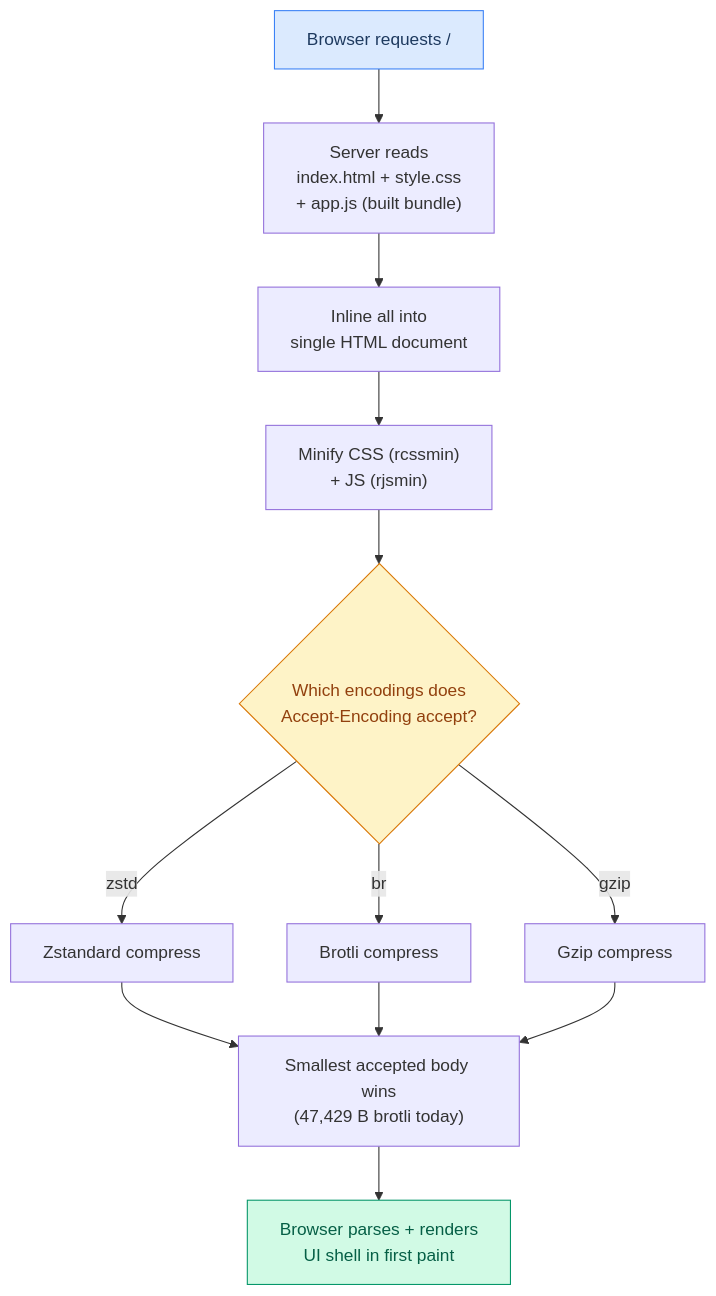
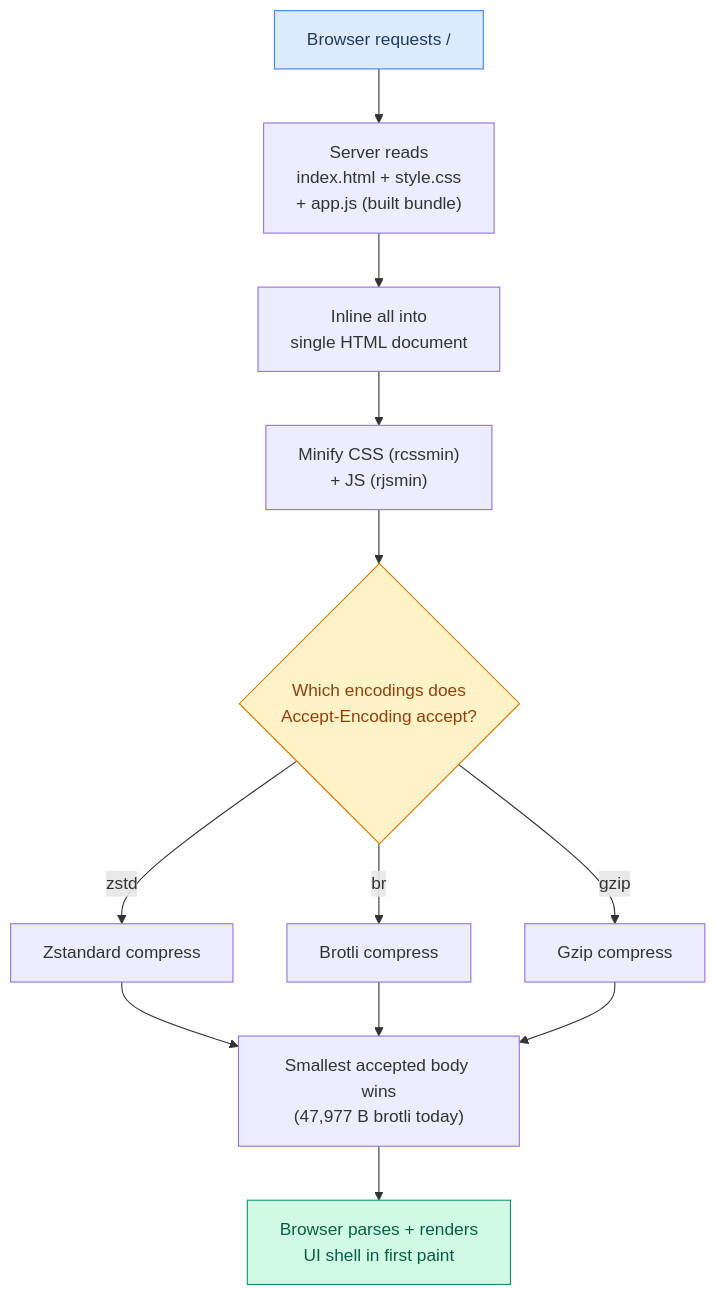
Diagram 16 of 18 in docs/USER_STORIES.md (maci0/recoverage), drawn with Mermaid before and after one commit. The commit also changed other lines of this file and 6 other files, not shown here.

````diff
--- a/docs/USER_STORIES.md
+++ b/docs/USER_STORIES.md
@@ -511,18 +511,18 @@
 ```mermaid
 graph TD
     A["Browser requests /"] --> B["Server reads<br/>index.html + style.css<br/>+ app.js (built bundle)"]
     B --> C["Inline all into<br/>single HTML document"]
     C --> D["Minify CSS (rcssmin)<br/>+ JS (rjsmin)"]
     D --> E{"Which encodings does<br/>Accept-Encoding accept?"}
     E -->|zstd| F["Zstandard compress"]
     E -->|br| G["Brotli compress"]
     E -->|gzip| H["Gzip compress"]
-    F --> I["Smallest accepted body wins<br/>(47,429 B brotli today)"]
+    F --> I["Smallest accepted body wins<br/>(47,977 B brotli today)"]
     G --> I
     H --> I
     I --> J["Browser parses + renders<br/>UI shell in first paint"]
 
     style A fill:#dbeafe,stroke:#3b82f6,color:#1e3a5f
     style J fill:#d1fae5,stroke:#059669,color:#065f46
     style E fill:#fef3c7,stroke:#d97706,color:#92400e
 ```
````
